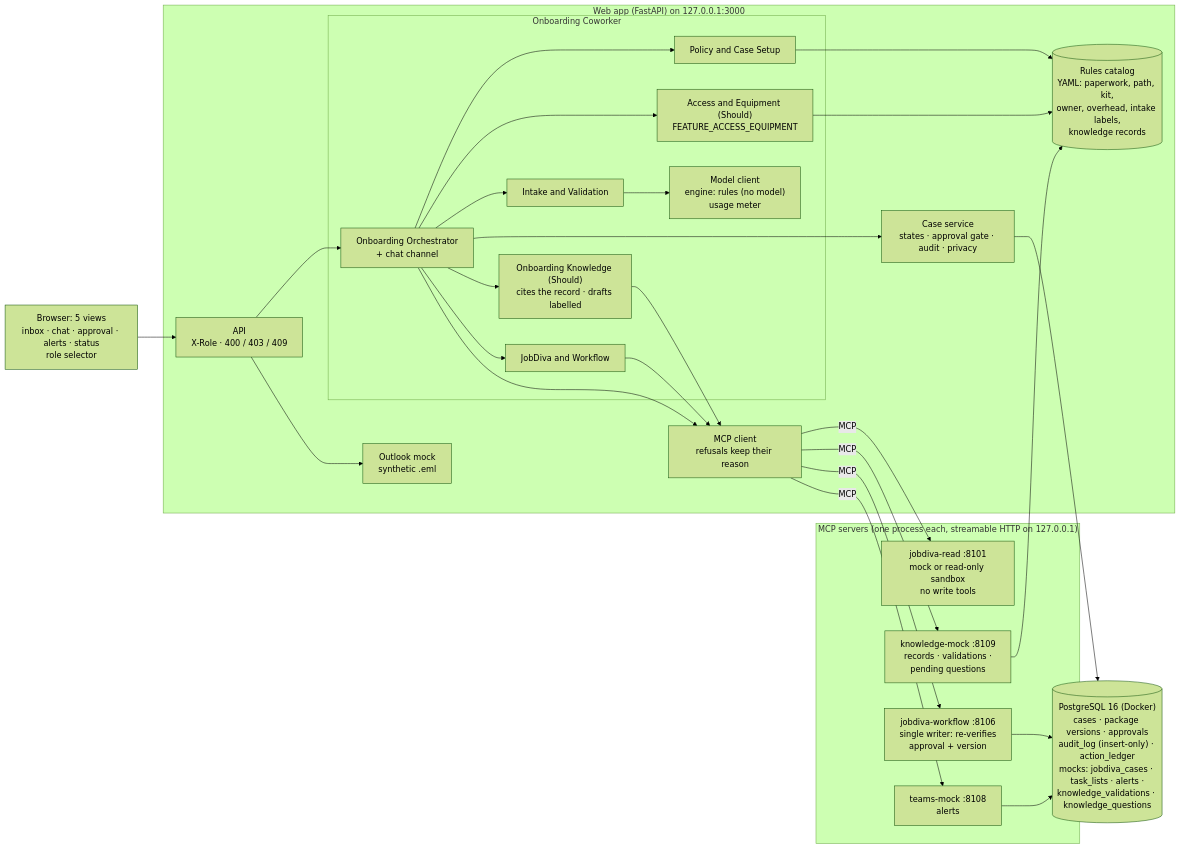
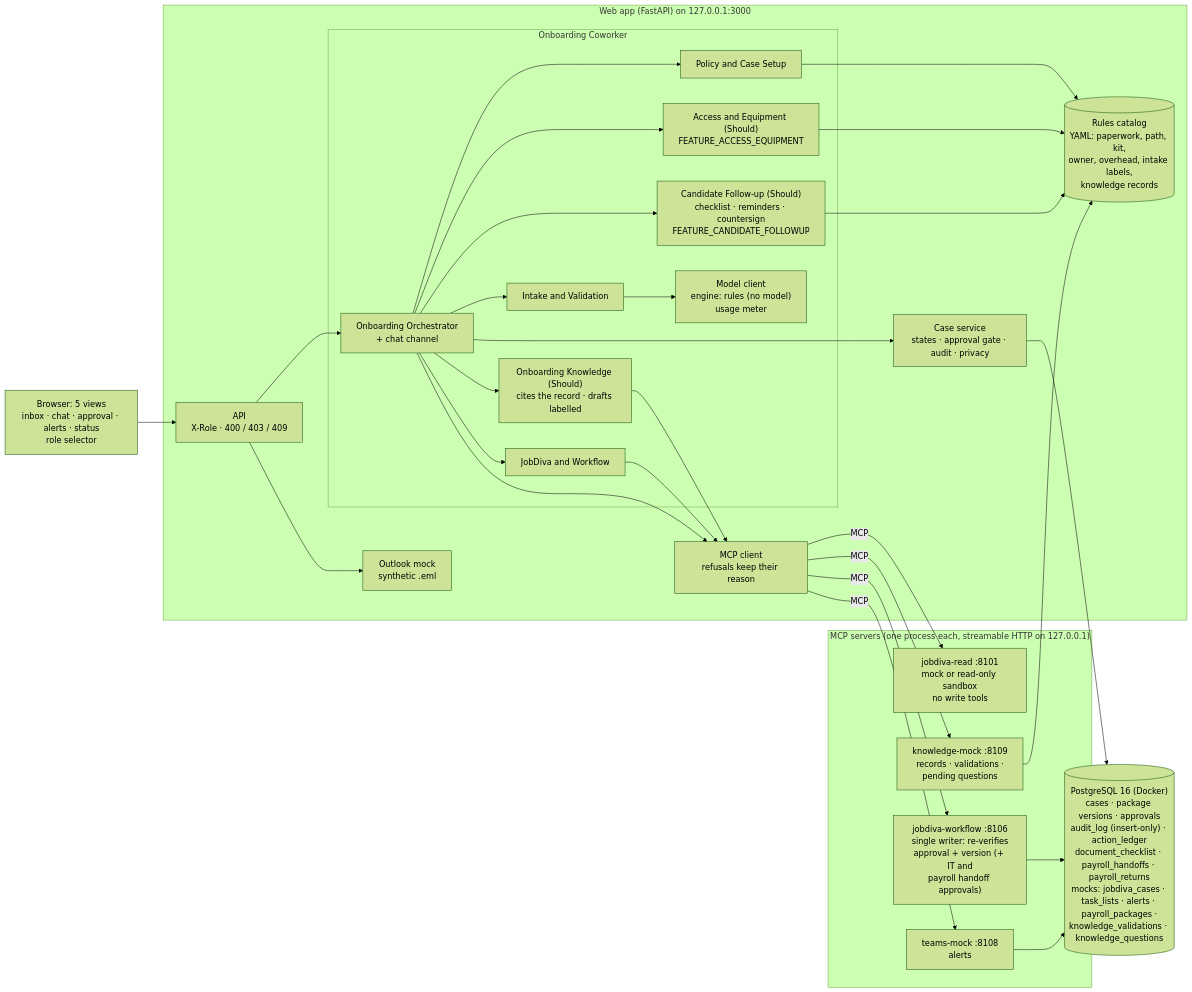
Before and after one commit to juangiron-IGS/OnBoardingDigitalCoworker: the diagram in Documents/Submission/architecture.md, drawn with Mermaid (forest theme). The commit also changed 29 other files, not shown here.

First line of the commit message:
Follow up the candidate, check documents and hand off payroll

````diff
--- a/Documents/Submission/architecture.md
+++ b/Documents/Submission/architecture.md
@@ -5,50 +5,52 @@
 ```mermaid
 flowchart LR
     Browser["Browser: 5 views<br/>inbox · chat · approval · alerts · status<br/>role selector"]
 
     subgraph Web["Web app (FastAPI) on 127.0.0.1:3000"]
         API["API<br/>X-Role · 400 / 403 / 409"]
         subgraph Agents["Onboarding Coworker"]
             Orch["Onboarding Orchestrator<br/>+ chat channel"]
             Intake["Intake and Validation"]
             Policy["Policy and Case Setup"]
             WF["JobDiva and Workflow"]
             Access["Access and Equipment (Should)<br/>FEATURE_ACCESS_EQUIPMENT"]
             Know["Onboarding Knowledge (Should)<br/>cites the record · drafts labelled"]
+            Follow["Candidate Follow-up (Should)<br/>checklist · reminders · countersign<br/>FEATURE_CANDIDATE_FOLLOWUP"]
             Model["Model client<br/>engine: rules (no model)<br/>usage meter"]
         end
         Case["Case service<br/>states · approval gate · audit · privacy"]
         Rules[("Rules catalog<br/>YAML: paperwork, path, kit,<br/>owner, overhead, intake labels,<br/>knowledge records")]
         Mail["Outlook mock<br/>synthetic .eml"]
         Client["MCP client<br/>refusals keep their reason"]
     end
 
-    DB[("PostgreSQL 16 (Docker)<br/>cases · package versions · approvals<br/>audit_log (insert-only) · action_ledger<br/>mocks: jobdiva_cases · task_lists · alerts ·<br/>knowledge_validations · knowledge_questions")]
+    DB[("PostgreSQL 16 (Docker)<br/>cases · package versions · approvals<br/>audit_log (insert-only) · action_ledger<br/>document_checklist · payroll_handoffs · payroll_returns<br/>mocks: jobdiva_cases · task_lists · alerts · payroll_packages ·<br/>knowledge_validations · knowledge_questions")]
 
     subgraph MCP["MCP servers (one process each, streamable HTTP on 127.0.0.1)"]
         S1["jobdiva-read :8101<br/>mock or read-only sandbox<br/>no write tools"]
-        S2["jobdiva-workflow :8106<br/>single writer: re-verifies<br/>approval + version"]
+        S2["jobdiva-workflow :8106<br/>single writer: re-verifies<br/>approval + version (+ IT and<br/>payroll handoff approvals)"]
         S3["teams-mock :8108<br/>alerts"]
         S4["knowledge-mock :8109<br/>records · validations ·<br/>pending questions"]
     end
 
     Browser --> API --> Orch
     Orch --> Intake --> Model
     Orch --> Policy --> Rules
     Orch --> Access --> Rules
     Orch --> Know
+    Orch --> Follow --> Rules
     Know --> Client
     Orch --> Case
     WF --> Client
     Orch --> WF
     Orch --> Client
     Client -- MCP --> S1
     Client -- MCP --> S2
     Client -- MCP --> S3
     Client -- MCP --> S4
     S4 --> Rules
     API --> Mail
     Case --> DB
     S2 --> DB
     S3 --> DB
 ```
````
